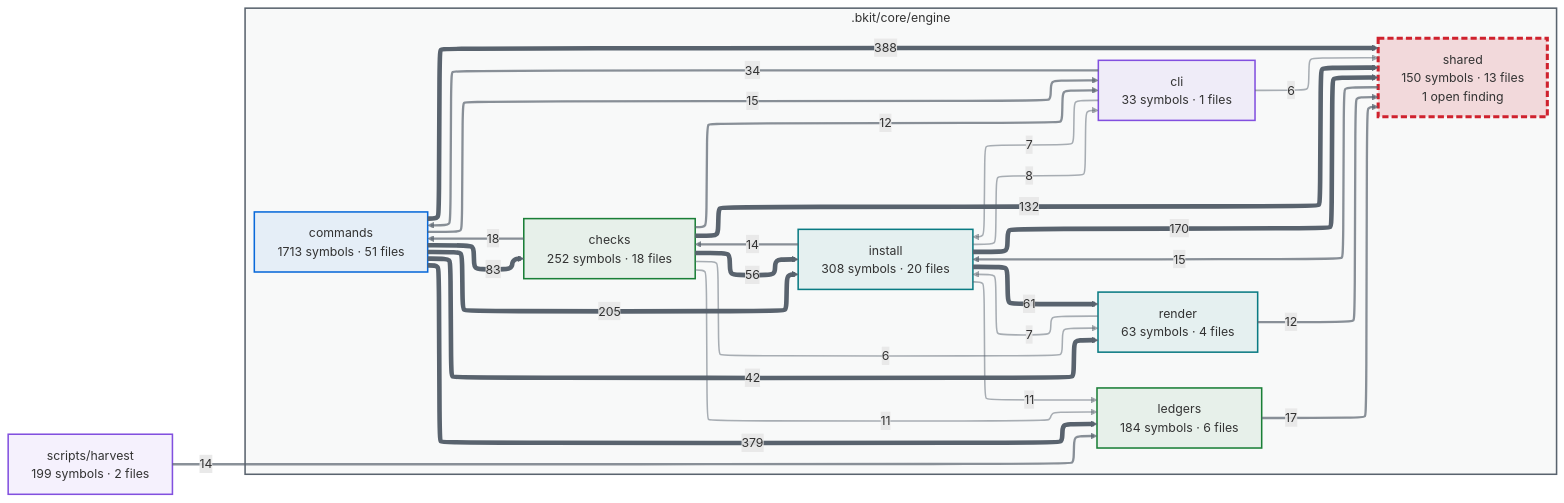
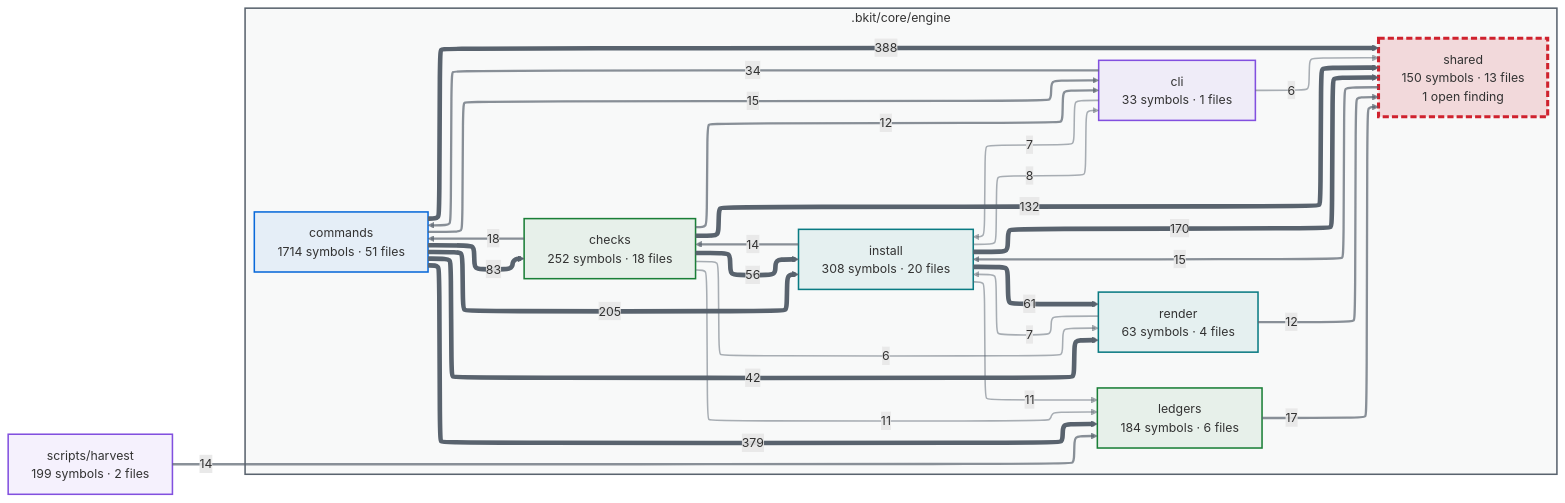
Before and after one commit to cbartens/bkit: the first of 2 diagrams in docs/capabilities.md, drawn with Mermaid. The commit also changed other lines of this file and 20 other files, not shown here.

````diff
--- a/docs/capabilities.md
+++ b/docs/capabilities.md
@@ -154,80 +154,80 @@
 ```mermaid
 ---
 config:
   layout: elk
   themeCSS: "marker { overflow: visible; } marker path { transform: scale(1.8); transform-origin: 5px 5px; }"
   flowchart:
     useMaxWidth: false
 ---
 flowchart LR
   %% Generated by bkit-graphify-rollup.py — do not edit
   subgraph gn_bkit_core_engine[".bkit/core/engine"]
     n_bkit_core_engine_checks["checks<br/>252 symbols · 18 files"]
     n_bkit_core_engine_cli["cli<br/>33 symbols · 1 files"]
-    n_bkit_core_engine_commands["commands<br/>1713 symbols · 51 files"]
+    n_bkit_core_engine_commands["commands<br/>1714 symbols · 51 files"]
     n_bkit_core_engine_install["install<br/>308 symbols · 20 files"]
     n_bkit_core_engine_ledgers["ledgers<br/>184 symbols · 6 files"]
     n_bkit_core_engine_render["render<br/>63 symbols · 4 files"]
     n_bkit_core_engine_shared["shared<br/>150 symbols · 13 files<br/>1 open finding"]
   end
   nscripts_harvest["scripts/harvest<br/>199 symbols · 2 files"]
   n_bkit_core_engine_commands -->|388| n_bkit_core_engine_shared
   n_bkit_core_engine_commands -->|379| n_bkit_core_engine_ledgers
   n_bkit_core_engine_commands -->|205| n_bkit_core_engine_install
   n_bkit_core_engine_install -->|170| n_bkit_core_engine_shared
   n_bkit_core_engine_checks -->|132| n_bkit_core_engine_shared
   n_bkit_core_engine_commands -->|83| n_bkit_core_engine_checks
   n_bkit_core_engine_install -->|61| n_bkit_core_engine_render
   n_bkit_core_engine_checks -->|56| n_bkit_core_engine_install
   n_bkit_core_engine_commands -->|42| n_bkit_core_engine_render
   n_bkit_core_engine_cli -->|34| n_bkit_core_engine_commands
   n_bkit_core_engine_checks -->|18| n_bkit_core_engine_commands
   n_bkit_core_engine_ledgers -->|17| n_bkit_core_engine_shared
   n_bkit_core_engine_shared -->|15| n_bkit_core_engine_install
   n_bkit_core_engine_commands -->|15| n_bkit_core_engine_cli
   n_bkit_core_engine_install -->|14| n_bkit_core_engine_checks
   nscripts_harvest -->|14| n_bkit_core_engine_ledgers
   n_bkit_core_engine_checks -->|12| n_bkit_core_engine_cli
   n_bkit_core_engine_render -->|12| n_bkit_core_engine_shared
   n_bkit_core_engine_checks -->|11| n_bkit_core_engine_ledgers
   n_bkit_core_engine_install -->|11| n_bkit_core_engine_ledgers
   n_bkit_core_engine_install -->|8| n_bkit_core_engine_cli
   n_bkit_core_engine_cli -->|7| n_bkit_core_engine_install
   n_bkit_core_engine_render -->|7| n_bkit_core_engine_install
   n_bkit_core_engine_checks -->|6| n_bkit_core_engine_render
   n_bkit_core_engine_cli -->|6| n_bkit_core_engine_shared
   style gn_bkit_core_engine fill:#59636e0a,stroke:#59636e,stroke-width:2px
   style n_bkit_core_engine_checks stroke:#1a7f37,stroke-width:2px,fill:#1a7f3714
   style n_bkit_core_engine_cli stroke:#8250df,stroke-width:2px,fill:#8250df14
   style n_bkit_core_engine_commands stroke:#0969da,stroke-width:2px,fill:#0969da14
   style n_bkit_core_engine_install stroke:#0a7b83,stroke-width:2px,fill:#0a7b8314
   style n_bkit_core_engine_ledgers stroke:#1a7f37,stroke-width:2px,fill:#1a7f3714
   style n_bkit_core_engine_render stroke:#0a7b83,stroke-width:2px,fill:#0a7b8314
   style n_bkit_core_engine_shared stroke:#cf222e,stroke-width:4px,stroke-dasharray:8 4,fill:#cf222e26
   style nscripts_harvest stroke:#8250df,stroke-width:2px,fill:#8250df14
   linkStyle 0 stroke:#59636e,stroke-width:6px
   linkStyle 1 stroke:#59636e,stroke-width:6px
   linkStyle 2 stroke:#59636e,stroke-width:6px
   linkStyle 3 stroke:#59636e,stroke-width:6px
   linkStyle 4 stroke:#59636e,stroke-width:6px
   linkStyle 5 stroke:#59636e,stroke-width:6px
   linkStyle 6 stroke:#59636e,stroke-width:6px
   linkStyle 7 stroke:#59636e,stroke-width:6px
   linkStyle 8 stroke:#59636e,stroke-width:6px
   linkStyle 9 stroke:#59636eb3,stroke-width:3px
   linkStyle 10 stroke:#59636eb3,stroke-width:3px
   linkStyle 11 stroke:#59636eb3,stroke-width:3px
   linkStyle 12 stroke:#59636eb3,stroke-width:3px
   linkStyle 13 stroke:#59636eb3,stroke-width:3px
   linkStyle 14 stroke:#59636eb3,stroke-width:3px
   linkStyle 15 stroke:#59636eb3,stroke-width:3px
   linkStyle 16 stroke:#59636eb3,stroke-width:3px
   linkStyle 17 stroke:#59636eb3,stroke-width:3px
   linkStyle 18 stroke:#59636e80,stroke-width:2px
   linkStyle 19 stroke:#59636e80,stroke-width:2px
   linkStyle 20 stroke:#59636e80,stroke-width:2px
   linkStyle 21 stroke:#59636e80,stroke-width:2px
   linkStyle 22 stroke:#59636e80,stroke-width:2px
   linkStyle 23 stroke:#59636e80,stroke-width:2px
   linkStyle 24 stroke:#59636e80,stroke-width:2px
 ```
````
